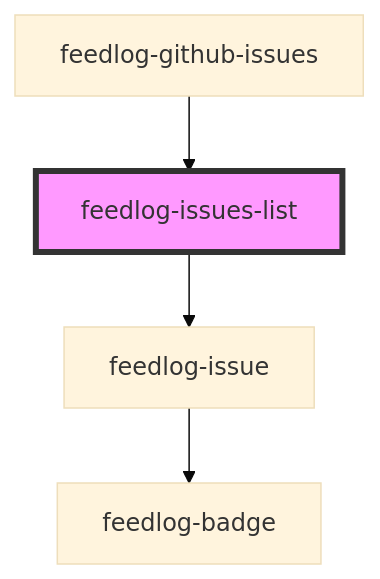
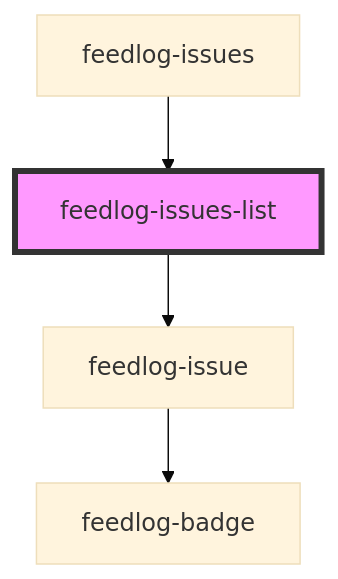
Before and after one commit to FeedlogAI/feedlog-toolkit: the diagram in packages/webcomponents/src/components/feedlog-issues-list/readme.md, drawn with Mermaid (base theme). The commit also changed other lines of this file and 24 other files, not shown here.

First line of the commit message:
refactor: rename FeedlogGithubIssues and FeedlogGithubIssuesClient components to FeedlogIssues and FeedlogIssuesClient

````diff
--- a/packages/webcomponents/src/components/feedlog-issues-list/readme.md
+++ b/packages/webcomponents/src/components/feedlog-issues-list/readme.md
@@ -39,7 +39,7 @@
 ```mermaid
 graph TD;
   feedlog-issues-list --> feedlog-issue
   feedlog-issue --> feedlog-badge
-  feedlog-github-issues --> feedlog-issues-list
+  feedlog-issues --> feedlog-issues-list
   style feedlog-issues-list fill:#f9f,stroke:#333,stroke-width:4px
 ```
````
